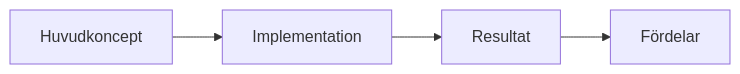
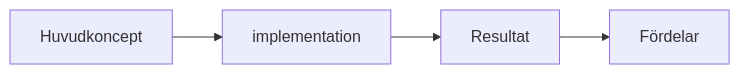
Before and after one commit to Geonitab/architecture_as_code: the diagram in BOOK_REQUIREMENTS.md, drawn with Mermaid. The commit also changed other lines of this file and 102 other files, not shown here.

````diff
--- a/BOOK_REQUIREMENTS.md
+++ b/BOOK_REQUIREMENTS.md
@@ -185,6 +185,6 @@
 ```mermaid
 graph LR
-    A[Huvudkoncept] --> B[Implementation]
+    A[Huvudkoncept] --> B[implementation]
     B --> C[Resultat]
     C --> D[Fördelar]
 ```
````
